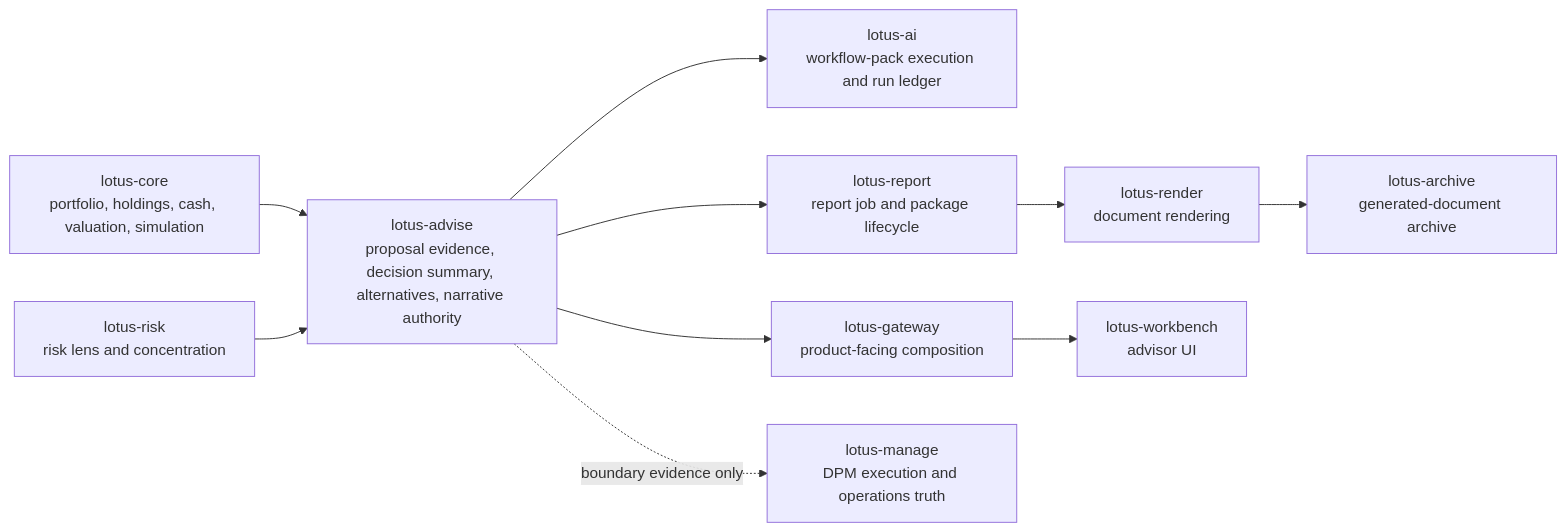
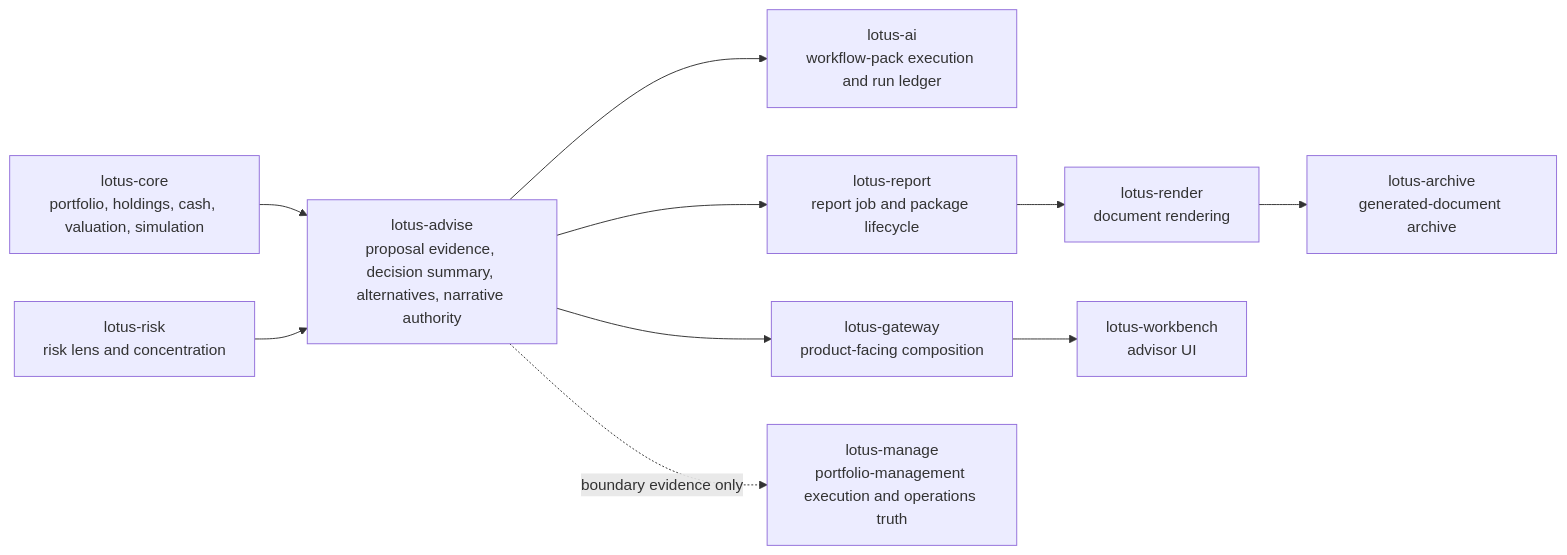
The diagram in docs/rfcs/RFC-0023-slice-0-critical-review-source-map-and-product-gap-allocation.md (sgajbi/lotus-advise), drawn with Mermaid before and after one commit. The commit also changed other lines of this file and 7 other files, not shown here.

Commit message:
docs: clean rfc portfolio management vocabulary

````diff
--- a/docs/rfcs/RFC-0023-slice-0-critical-review-source-map-and-product-gap-allocation.md
+++ b/docs/rfcs/RFC-0023-slice-0-critical-review-source-map-and-product-gap-allocation.md
@@ -69,23 +69,23 @@
 ```mermaid
 flowchart LR
     Core[lotus-core<br/>portfolio, holdings, cash, valuation, simulation]
     Risk[lotus-risk<br/>risk lens and concentration]
     Advise[lotus-advise<br/>proposal evidence, decision summary, alternatives, narrative authority]
     AI[lotus-ai<br/>workflow-pack execution and run ledger]
     Report[lotus-report<br/>report job and package lifecycle]
     Render[lotus-render<br/>document rendering]
     Archive[lotus-archive<br/>generated-document archive]
     Gateway[lotus-gateway<br/>product-facing composition]
     Workbench[lotus-workbench<br/>advisor UI]
-    Manage[lotus-manage<br/>DPM execution and operations truth]
+    Manage[lotus-manage<br/>portfolio-management execution and operations truth]
 
     Core --> Advise
     Risk --> Advise
     Advise --> AI
     Advise --> Report
     Report --> Render
     Render --> Archive
     Advise --> Gateway
     Gateway --> Workbench
     Advise -. boundary evidence only .-> Manage
 ```
````
